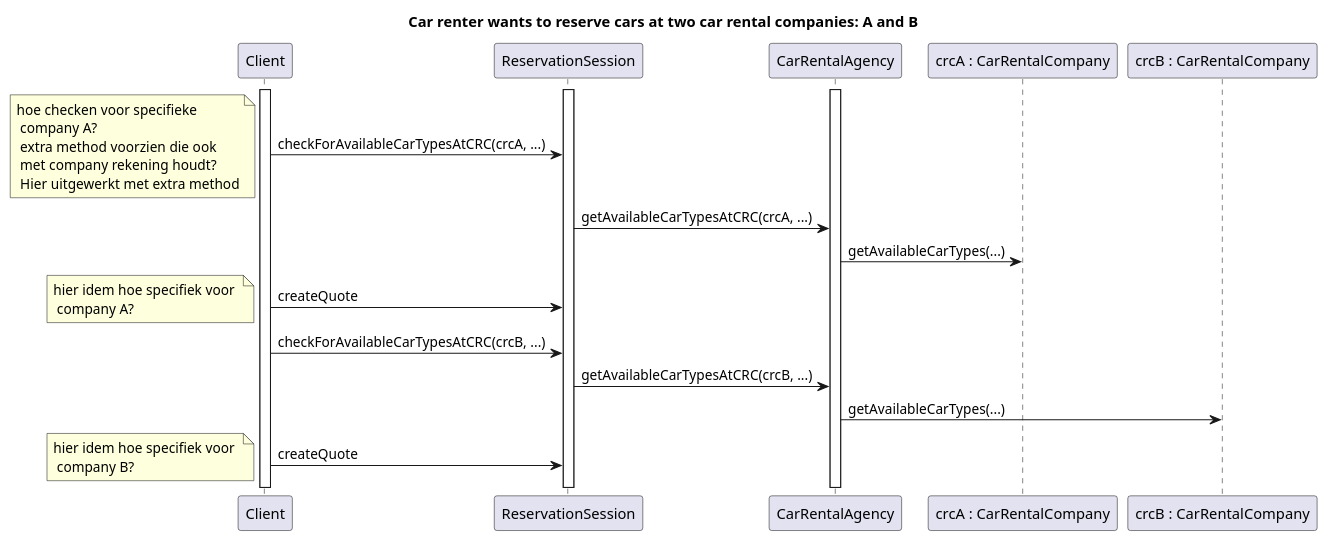
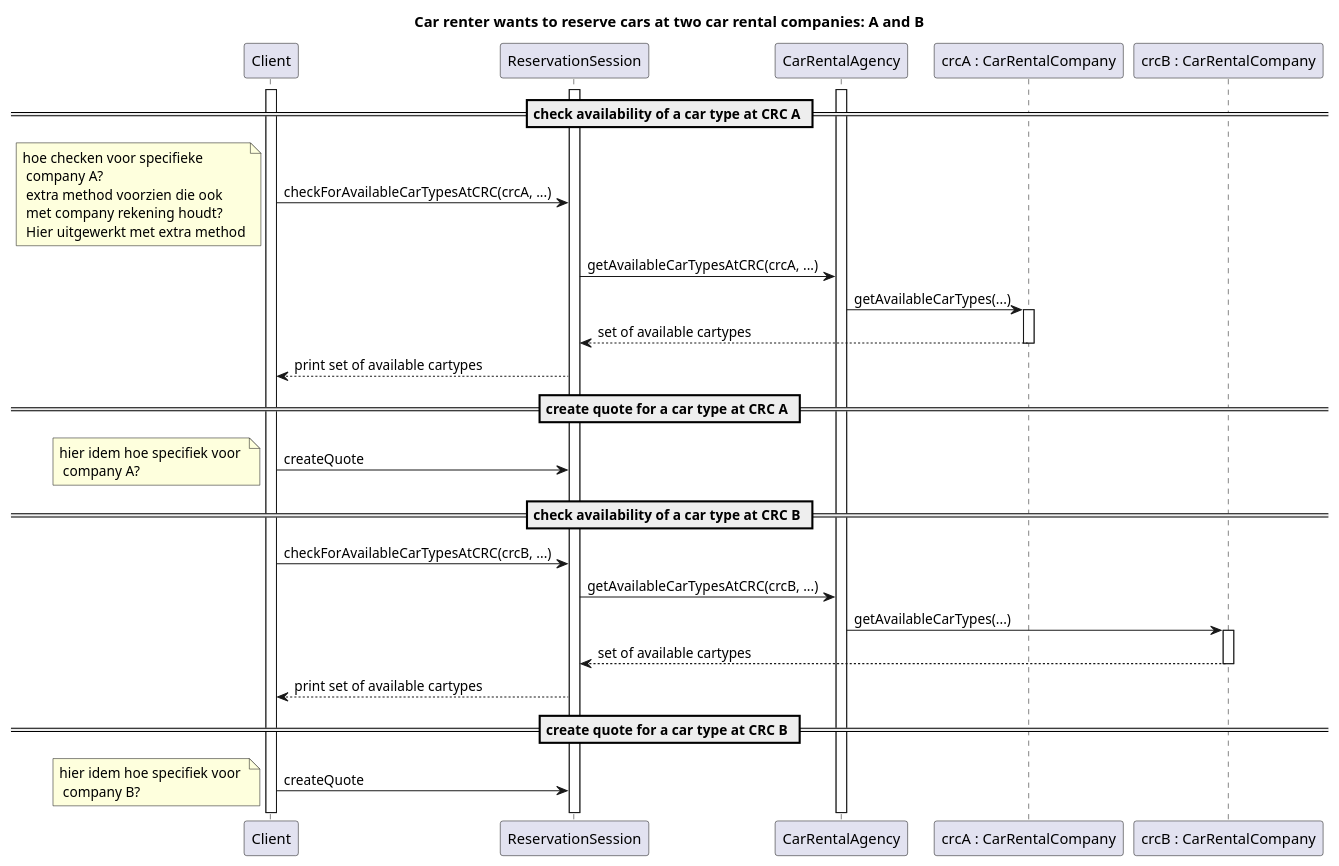
The diagram in diagrams/sequenceDiagrams/reserveCars.puml (Bhamoss/java_rmi_ds_project), drawn with PlantUML before and after one commit.

Commit message:
seq diagrams verder aangevuld, vooral structuur

```diff
--- a/diagrams/sequenceDiagrams/reserveCars.puml
+++ b/diagrams/sequenceDiagrams/reserveCars.puml
@@ -1,36 +1,48 @@
 @startuml
 title Car renter wants to reserve cars at two car rental companies: A and B
 
 participant Client
 participant ReservationSession
 participant CarRentalAgency
 participant "crcA : CarRentalCompany" as CarRentalCompanyA
 participant "crcB : CarRentalCompany" as CarRentalCompanyB
 
 activate Client
 activate ReservationSession
 activate CarRentalAgency
 
+== check availability of a car type at CRC A ==
 ' cartype at company A
 Client->ReservationSession: checkForAvailableCarTypesAtCRC(crcA, ...)
     note left : hoe checken voor specifieke \n company A? \n extra method voorzien die ook \n met company rekening houdt? \n Hier uitgewerkt met extra method
 ReservationSession->CarRentalAgency : getAvailableCarTypesAtCRC(crcA, ...) 
 
 CarRentalAgency->CarRentalCompanyA : getAvailableCarTypes(...)
+activate CarRentalCompanyA
+CarRentalCompanyA-->ReservationSession : set of available cartypes
+deactivate CarRentalCompanyA
+ReservationSession-->Client : print set of available cartypes
 
+== create quote for a car type at CRC A ==
 Client->ReservationSession:createQuote 
 note left  : hier idem hoe specifiek voor \n company A?
 
+== check availability of a car type at CRC B ==
 ' cartype at company B
 Client->ReservationSession: checkForAvailableCarTypesAtCRC(crcB, ...)
 
 ReservationSession->CarRentalAgency : getAvailableCarTypesAtCRC(crcB, ...) 
 
 CarRentalAgency->CarRentalCompanyB : getAvailableCarTypes(...)
+activate CarRentalCompanyB
+CarRentalCompanyB-->ReservationSession : set of available cartypes
+deactivate CarRentalCompanyB
+ReservationSession-->Client : print set of available cartypes
 
+== create quote for a car type at CRC B ==
 Client->ReservationSession:createQuote
 note left  : hier idem hoe specifiek voor \n company B?
 
 
 
 @enduml
```
